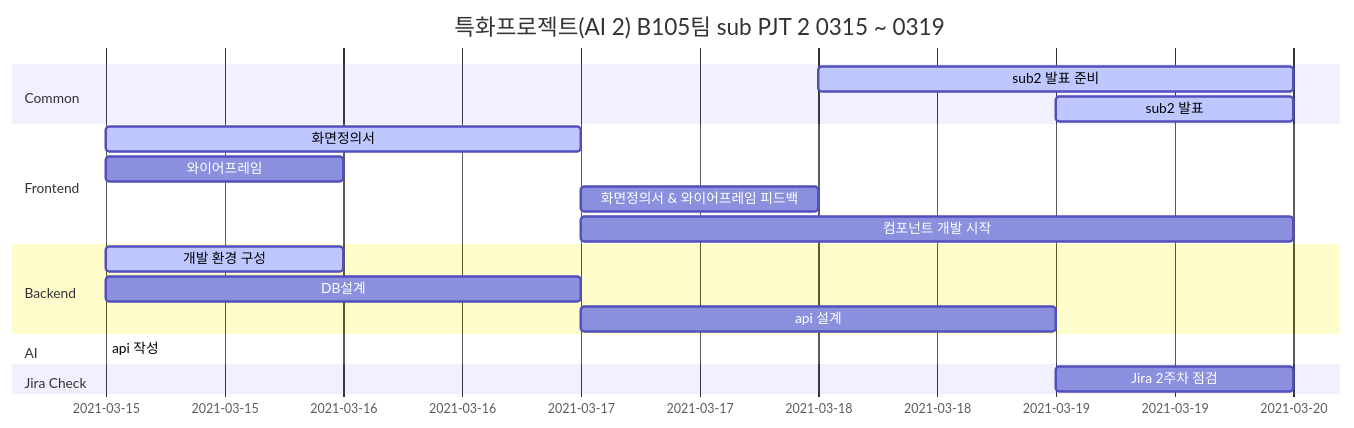
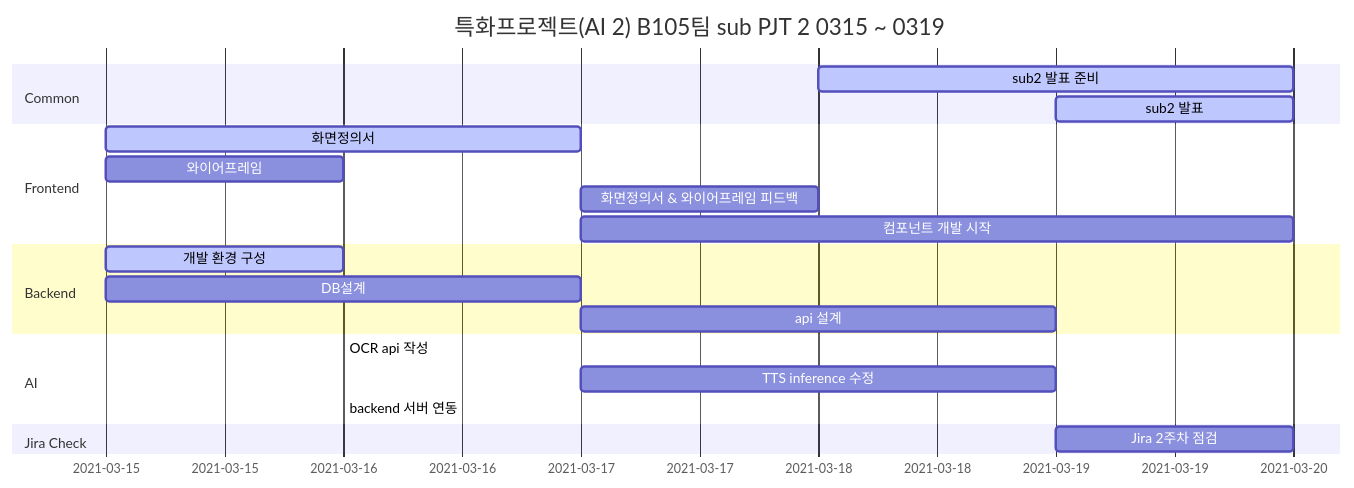
One commit to jes5918/dinory changed the diagram in README.md. Above: the diagram before and after it, drawn with Mermaid.

Commit message:
[docs/FE] : 간트차트 수정 (AI)
- 2주차 간트차트 AI 파트 변경

Resolves : #resolve S04P22B105

````diff
--- a/README.md
+++ b/README.md
@@ -39,26 +39,28 @@
 ```mermaid
 gantt
     axisFormat  %Y-%m-%d
     title      특화프로젝트(AI 2) B105팀 sub PJT 2 0315 ~ 0319
 	section Common
 	sub2 발표 준비: active, 2021-03-18, 2d
 	sub2 발표 : active, 2021-03-19, 1d
 
     section Frontend
     화면정의서 :active, a1, 2021-03-15, 2d
     와이어프레임 :, 2021-03-15, 1d
     화면정의서 & 와이어프레임 피드백 : after a1,1d
     컴포넌트 개발 시작 :2021-03-17, 3d
 
 
     section Backend
    	개발 환경 구성 :active, 2021-03-15, 1d
    	DB설계 :after, 2021-03-15, 2d
 	api 설계: ,2021-03-17, 2d
    	
    	section AI
-   	api 작성:active, a2, 2021-03-15, 2021-03-19
+   	OCR api 작성:active, 2021-03-16, 2021-03-17
+   	TTS inference 수정 : ,2021-03-17, 2d
+   	backend 서버 연동 : active, 2021-03-16, 2021-03-19
 
    	section Jira Check
    	Jira 2주차 점검 :, 2021-03-19, 1d
 ```
````
